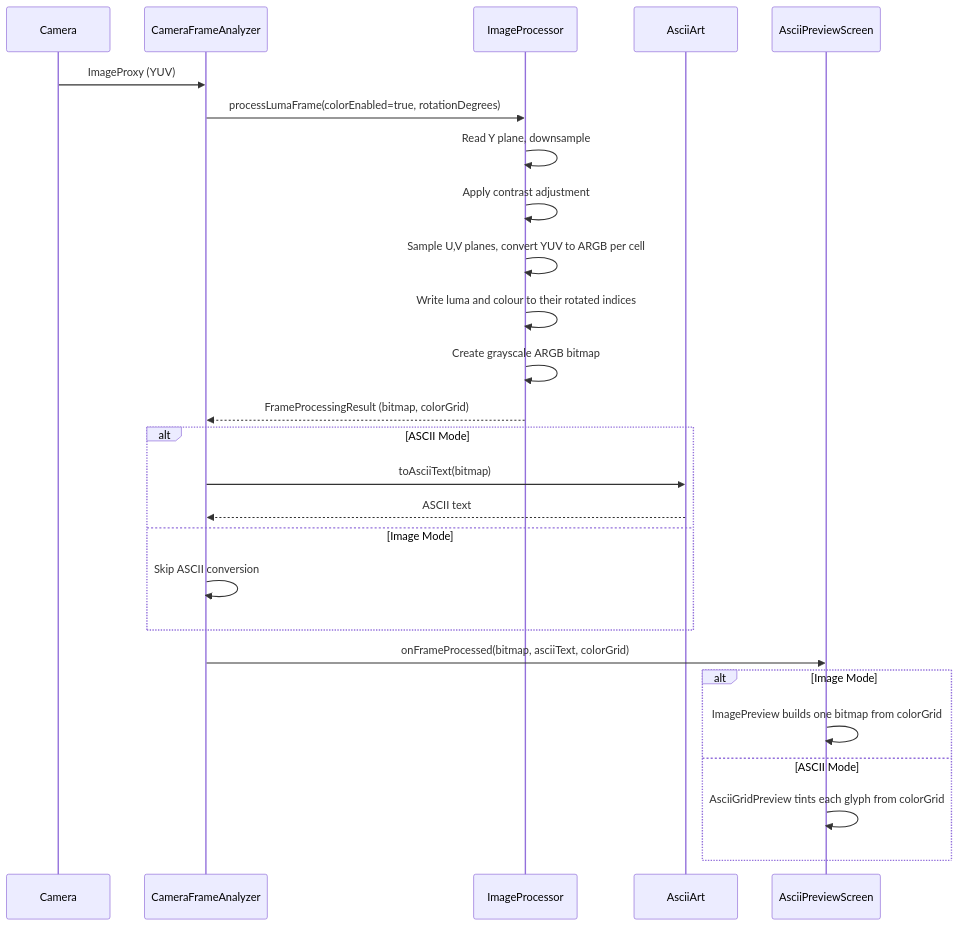
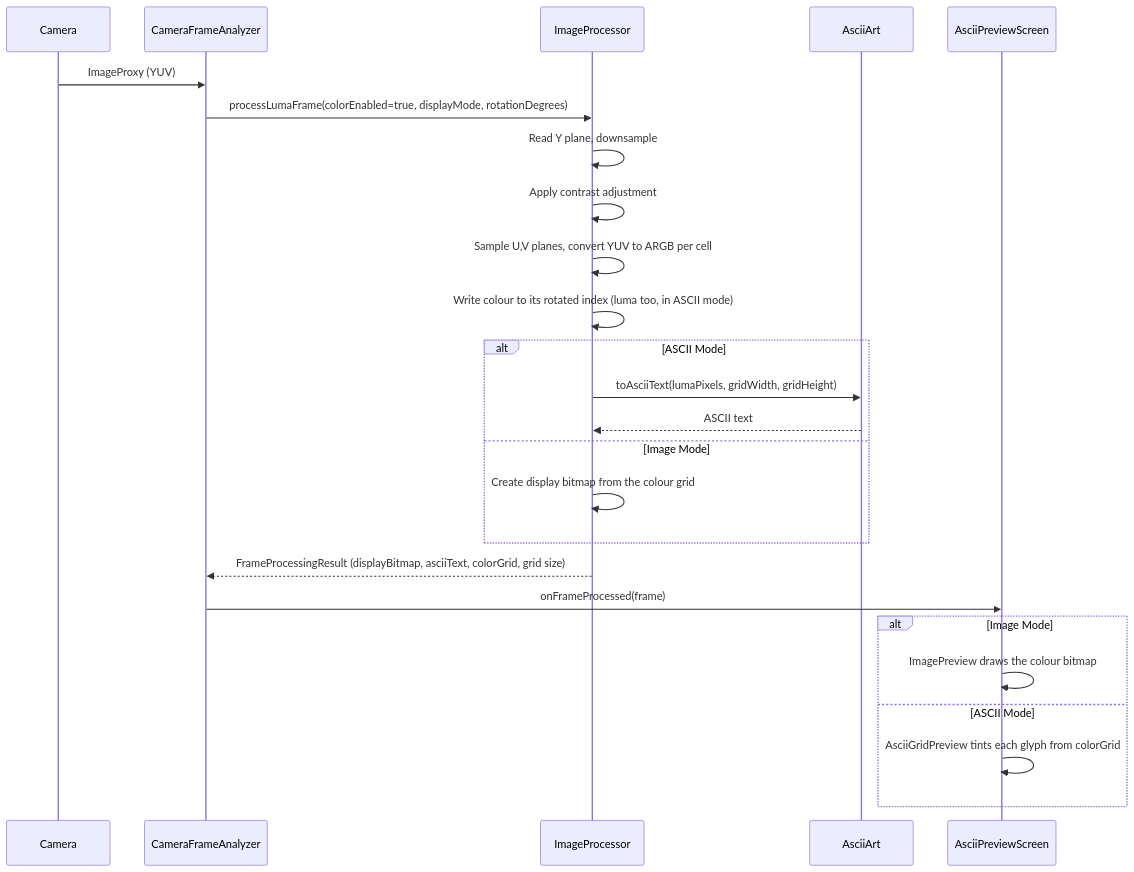
Before and after one commit to replicant1/AsciiArt: the diagram in docs/sequence-colour.mmd, drawn with Mermaid. The commit also changed 9 other files, not shown here.

First line of the commit message:
Mark items 9 and 15 fixed and refresh the diagrams

```diff
--- a/docs/sequence-colour.mmd
+++ b/docs/sequence-colour.mmd
@@ -1,27 +1,26 @@
 sequenceDiagram
     participant Camera
     participant CFA as CameraFrameAnalyzer
     participant IP as ImageProcessor
     participant AA as AsciiArt
     participant UI as AsciiPreviewScreen
 
     Camera->>CFA: ImageProxy (YUV)
-    CFA->>IP: processLumaFrame(colorEnabled=true, rotationDegrees)
+    CFA->>IP: processLumaFrame(colorEnabled=true, displayMode, rotationDegrees)
     IP->>IP: Read Y plane, downsample
     IP->>IP: Apply contrast adjustment
     IP->>IP: Sample U,V planes, convert YUV to ARGB per cell
-    IP->>IP: Write luma and colour to their rotated indices
-    IP->>IP: Create grayscale ARGB bitmap
-    IP-->>CFA: FrameProcessingResult (bitmap, colorGrid)
+    IP->>IP: Write colour to its rotated index (luma too, in ASCII mode)
     alt ASCII Mode
-        CFA->>AA: toAsciiText(bitmap)
-        AA-->>CFA: ASCII text
+        IP->>AA: toAsciiText(lumaPixels, gridWidth, gridHeight)
+        AA-->>IP: ASCII text
     else Image Mode
-        CFA->>CFA: Skip ASCII conversion
+        IP->>IP: Create display bitmap from the colour grid
     end
-    CFA->>UI: onFrameProcessed(bitmap, asciiText, colorGrid)
+    IP-->>CFA: FrameProcessingResult (displayBitmap, asciiText, colorGrid, grid size)
+    CFA->>UI: onFrameProcessed(frame)
     alt Image Mode
-        UI->>UI: ImagePreview builds one bitmap from colorGrid
+        UI->>UI: ImagePreview draws the colour bitmap
     else ASCII Mode
         UI->>UI: AsciiGridPreview tints each glyph from colorGrid
     end
```
